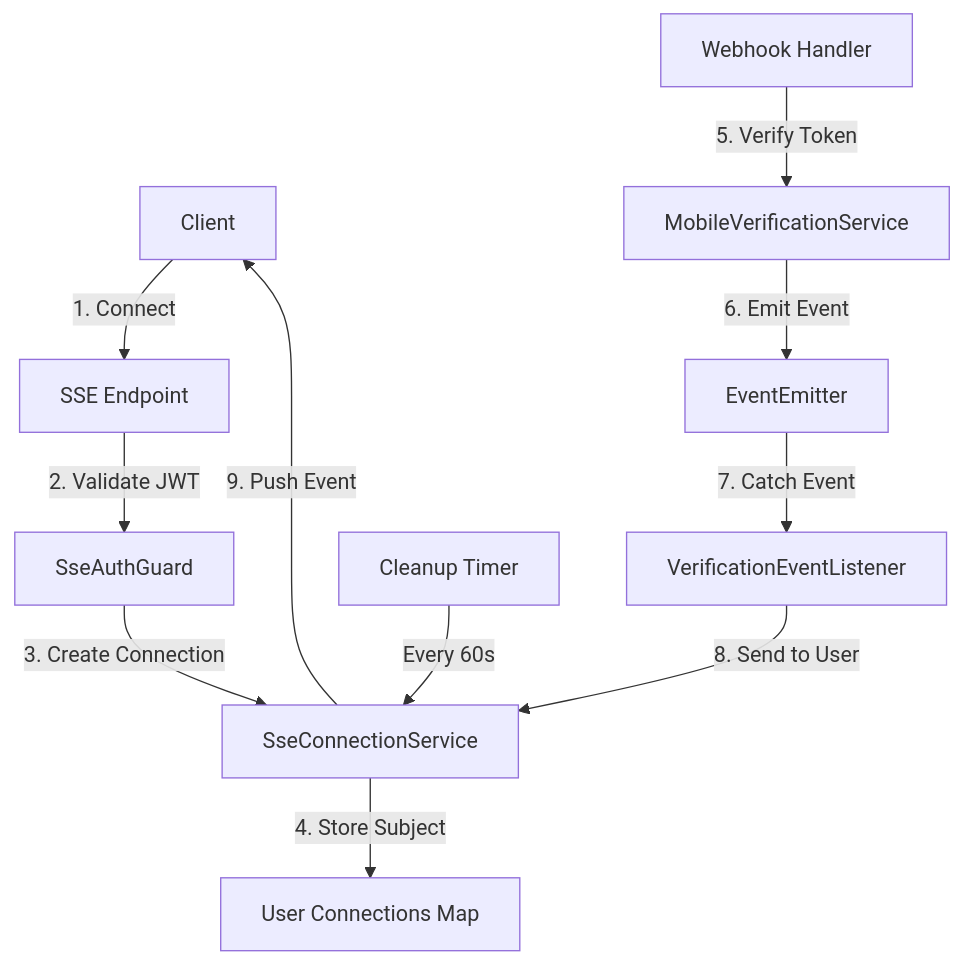
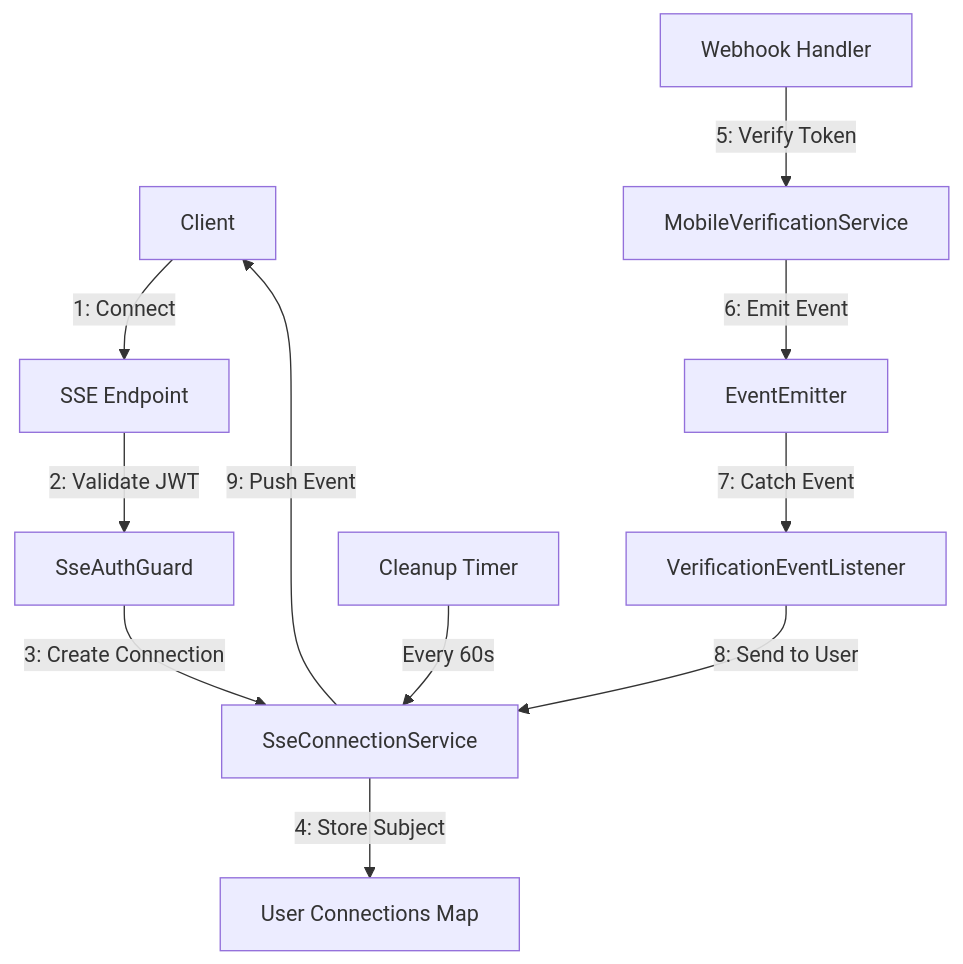
One commit to vritti-ai-platforms/developer-docs changed the first of 2 diagrams in features/communication/sse-realtime.mdx. Above: the diagram before and after it, drawn with Mermaid. The commit also changed 54 other files, not shown here.

````diff
--- a/features/communication/sse-realtime.mdx
+++ b/features/communication/sse-realtime.mdx
@@ -44,15 +44,15 @@
 ```mermaid
 flowchart TD
-    A[Client] -->|1. Connect| B[SSE Endpoint]
-    B -->|2. Validate JWT| C[SseAuthGuard]
-    C -->|3. Create Connection| D[SseConnectionService]
-    D -->|4. Store Subject| E[User Connections Map]
+    A[Client] -->|"1: Connect"| B[SSE Endpoint]
+    B -->|"2: Validate JWT"| C[SseAuthGuard]
+    C -->|"3: Create Connection"| D[SseConnectionService]
+    D -->|"4: Store Subject"| E[User Connections Map]
 
-    F[Webhook Handler] -->|5. Verify Token| G[MobileVerificationService]
-    G -->|6. Emit Event| H[EventEmitter]
-    H -->|7. Catch Event| I[VerificationEventListener]
-    I -->|8. Send to User| D
-    D -->|9. Push Event| A
+    F[Webhook Handler] -->|"5: Verify Token"| G[MobileVerificationService]
+    G -->|"6: Emit Event"| H[EventEmitter]
+    H -->|"7: Catch Event"| I[VerificationEventListener]
+    I -->|"8: Send to User"| D
+    D -->|"9: Push Event"| A
 
     J[Cleanup Timer] -->|Every 60s| D
 ```
````
